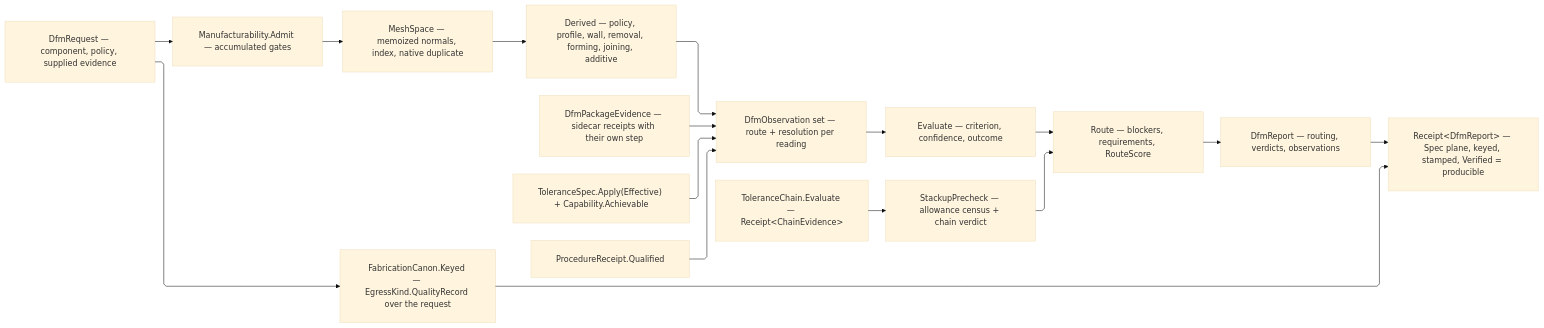
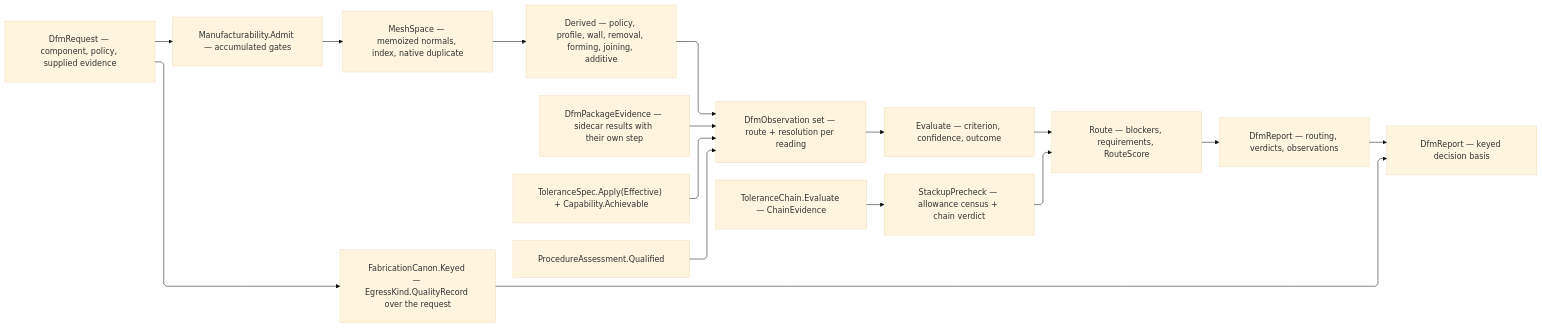
Before and after one commit to bsamiee/Rasm: the diagram in libs/dotnet/Rasm.Fabrication/.planning/Spec/manufacturability.md, drawn with Mermaid (base theme). The commit also changed other lines of this file and 1417 other files, not shown here.

````diff
--- a/libs/dotnet/Rasm.Fabrication/.planning/Spec/manufacturability.md
+++ b/libs/dotnet/Rasm.Fabrication/.planning/Spec/manufacturability.md
@@ -1451,27 +1446,27 @@
 ```mermaid
 ---
 config:
   layout: elk
   flowchart:
     curve: linear
     padding: 25
 ---
 flowchart LR
     accTitle: Manufacturability assessment fold
-    accDescr: One admitted request reads the kernel mesh subject, derives geometric, package, tolerance, and procedure observations each carrying its own resolution, evaluates parameterized rules into verdicts, ranks routes on weighted dimensionless burdens, composes the settled tolerance chain receipt into one stackup precheck, and settles as one quality-record receipt keyed over the request it read.
+    accDescr: One admitted request reads the kernel mesh subject, derives geometric, package, tolerance, and procedure observations each carrying its own resolution, evaluates parameterized rules into verdicts, ranks routes on weighted dimensionless burdens, composes the settled tolerance chain result into one stackup precheck, and settles as one quality-record result keyed over the request it read.
     Request["DfmRequest — component, policy, supplied evidence"] --> Admit["Manufacturability.Admit — accumulated gates"]
     Admit --> Subject["MeshSpace — memoized normals, index, native duplicate"]
     Subject --> Derived["Derived — policy, profile, wall, removal, forming, joining, additive"]
-    Package["DfmPackageEvidence — sidecar receipts with their own step"] --> Evidence
+    Package["DfmPackageEvidence — sidecar results with their own step"] --> Evidence
     Derived --> Evidence["DfmObservation set — route + resolution per reading"]
     Tolerance["ToleranceSpec.Apply(Effective) + Capability.Achievable"] --> Evidence
-    Procedure["ProcedureReceipt.Qualified"] --> Evidence
+    Procedure["ProcedureAssessment.Qualified"] --> Evidence
     Evidence --> Verdicts["Evaluate — criterion, confidence, outcome"]
     Verdicts --> Rows["Route — blockers, requirements, RouteScore"]
-    Chain["ToleranceChain.Evaluate — Receipt&lt;ChainEvidence&gt;"] --> Stackup["StackupPrecheck — allowance census + chain verdict"]
+    Chain["ToleranceChain.Evaluate — ChainEvidence"] --> Stackup["StackupPrecheck — allowance census + chain verdict"]
     Stackup --> Rows
     Rows --> Report["DfmReport — routing, verdicts, observations"]
     Request --> Key["FabricationCanon.Keyed — EgressKind.QualityRecord over the request"]
-    Report --> Settled["Receipt&lt;DfmReport&gt; — Spec plane, keyed, stamped, Verified = producible"]
+    Report --> Settled["DfmReport — keyed decision basis"]
     Key --> Settled
 ```
````
